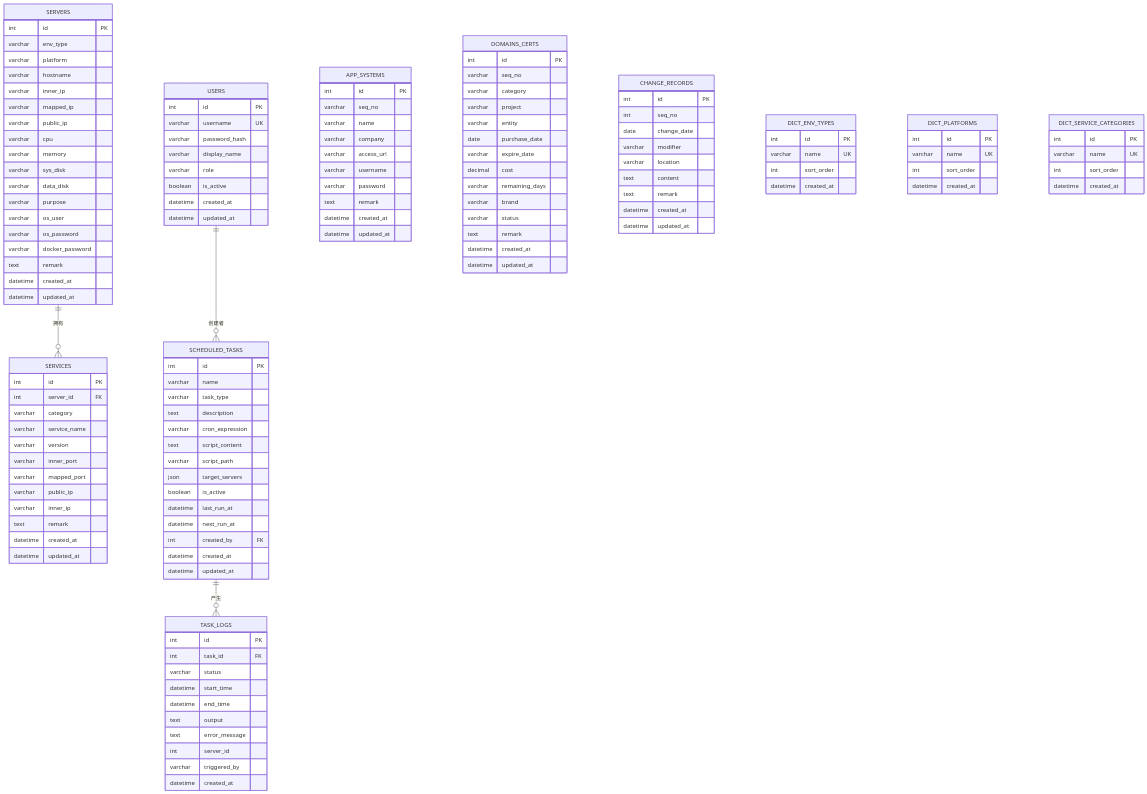
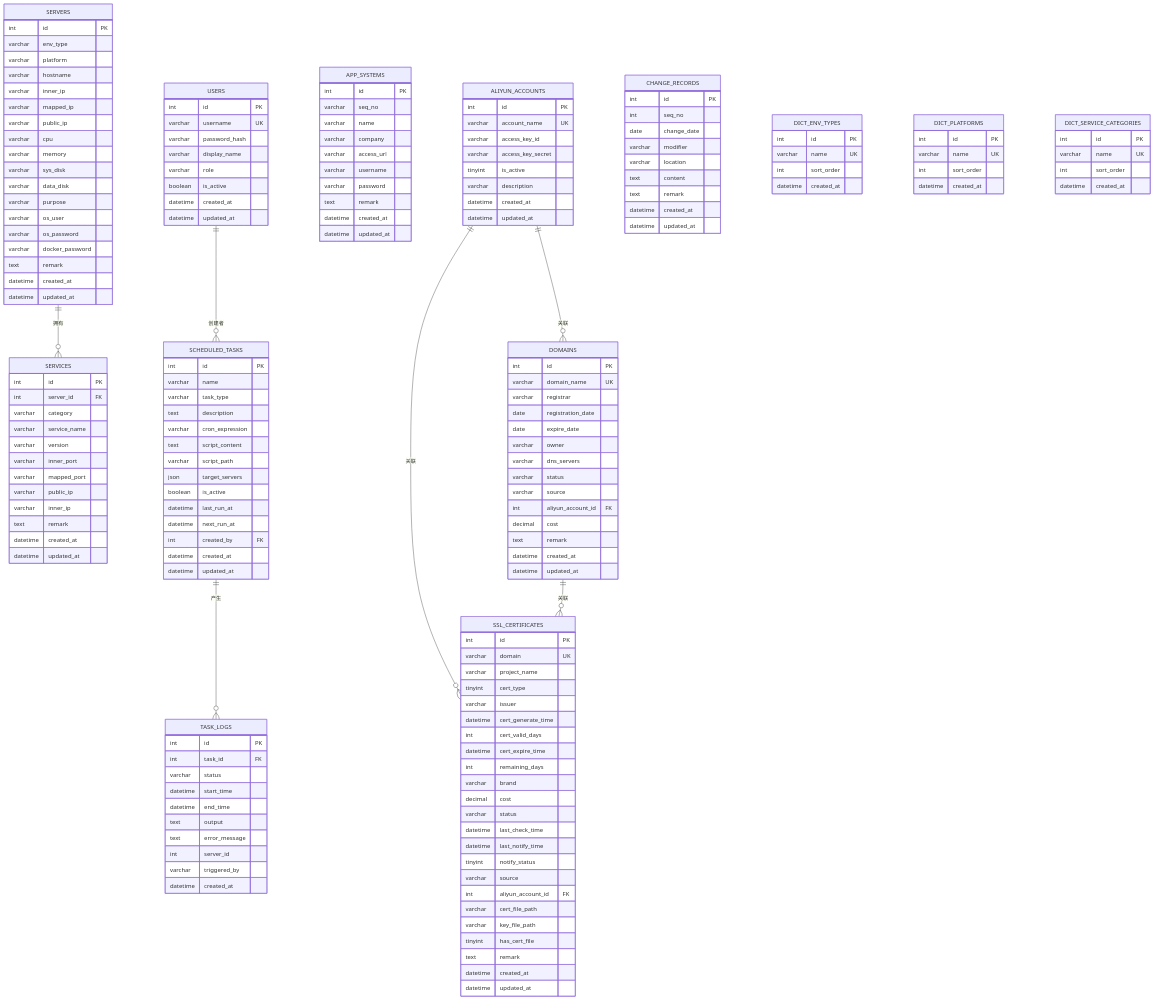
Before and after one commit to ismine3/OPS: the third of 6 diagrams in .qoder/repowiki/zh/content/数据库设计.md, drawn with Mermaid. The commit also changed other lines of this file and 8 other files, not shown here.

````diff
--- a/.qoder/repowiki/zh/content/数据库设计.md
+++ b/.qoder/repowiki/zh/content/数据库设计.md
@@ -198,18 +224,53 @@
 datetime created_at
 datetime updated_at
 }
-DOMAINS_CERTS {
+ALIYUN_ACCOUNTS {
 int id PK
-varchar seq_no
-varchar category
-varchar project
-varchar entity
-date purchase_date
-varchar expire_date
+varchar account_name UK
+varchar access_key_id
+varchar access_key_secret
+tinyint is_active
+varchar description
+datetime created_at
+datetime updated_at
+}
+DOMAINS {
+int id PK
+varchar domain_name UK
+varchar registrar
+date registration_date
+date expire_date
+varchar owner
+varchar dns_servers
+varchar status
+varchar source
+int aliyun_account_id FK
 decimal cost
-varchar remaining_days
+text remark
+datetime created_at
+datetime updated_at
+}
+SSL_CERTIFICATES {
+int id PK
+varchar domain UK
+varchar project_name
+tinyint cert_type
+varchar issuer
+datetime cert_generate_time
+int cert_valid_days
+datetime cert_expire_time
+int remaining_days
 varchar brand
+decimal cost
 varchar status
+datetime last_check_time
+datetime last_notify_time
+tinyint notify_status
+varchar source
+int aliyun_account_id FK
+varchar cert_file_path
+varchar key_file_path
+tinyint has_cert_file
 text remark
 datetime created_at
 datetime updated_at
@@ -274,4 +335,7 @@
 USERS ||--o{ SCHEDULED_TASKS : "创建者"
 SERVERS ||--o{ SERVICES : "拥有"
 SCHEDULED_TASKS ||--o{ TASK_LOGS : "产生"
+ALIYUN_ACCOUNTS ||--o{ DOMAINS : "关联"
+ALIYUN_ACCOUNTS ||--o{ SSL_CERTIFICATES : "关联"
+DOMAINS ||--o{ SSL_CERTIFICATES : "关联"
 ```
````
